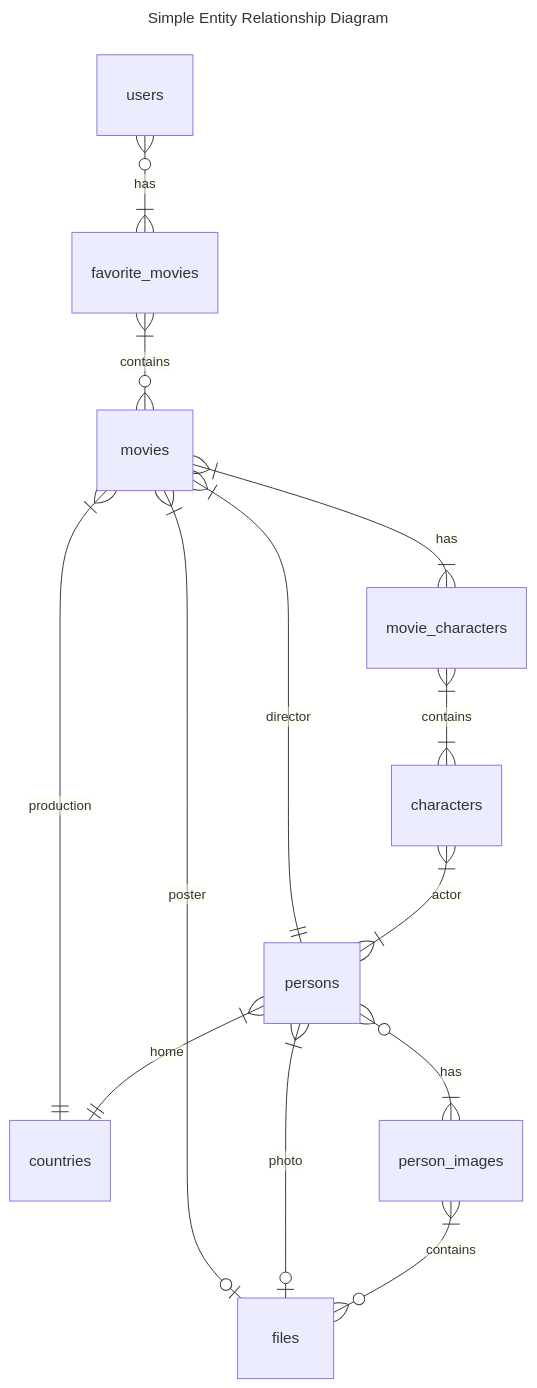
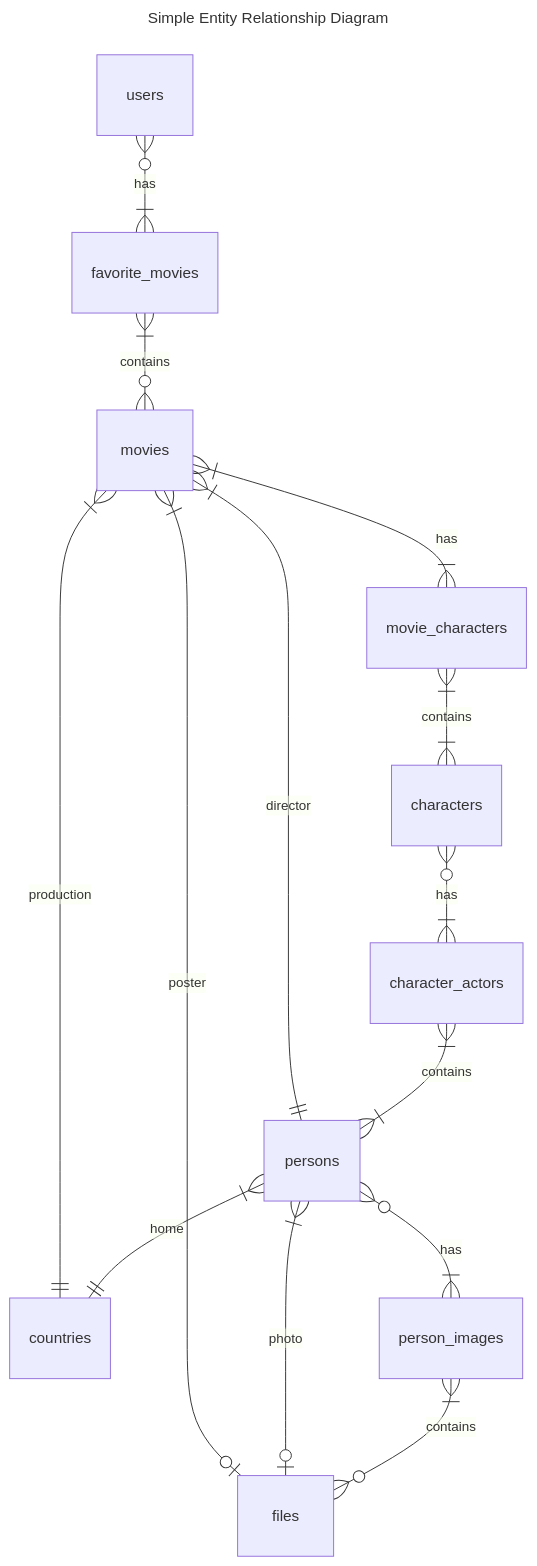
The first of 2 diagrams in README.md (KeidsID/bsa-2024-db-sql), drawn with Mermaid before and after one commit. The commit also changed other lines of this file and 1 other file, not shown here.

````diff
--- a/README.md
+++ b/README.md
@@ -10,21 +10,22 @@
 ```mermaid
 ---
 title: Simple Entity Relationship Diagram
 ---
 erDiagram
   users }o--|{ favorite_movies : has
   favorite_movies }|--o{ movies : contains
 
   movies }|--|| persons : director
   movies }|--|| countries : production
   movies }|--o| files : poster
   movies }|--|{ movie_characters : has
   movie_characters }|--|{ characters : contains
 
   persons }|--|| countries : home
   persons }|--o| files : photo
   persons }o--|{ person_images: has
   person_images }|--o{ files : contains
 
-  characters }|--|{ persons : actor
+  characters }o--|{ character_actors : has
+  character_actors }|--|{ persons : contains
 ```
````
